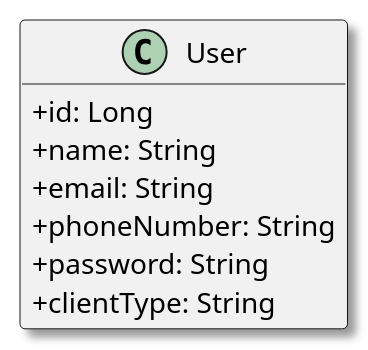
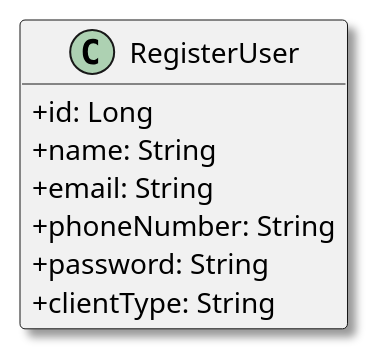
The diagram in Docs/global-artifacts/US01/02-analysis/DM.puml (vivianeaalmeida/ComeAndGet), drawn with PlantUML before and after one commit. The commit also changed 1 other file, not shown here.

```diff
--- a/Docs/global-artifacts/US01/02-analysis/DM.puml
+++ b/Docs/global-artifacts/US01/02-analysis/DM.puml
@@ -1,16 +1,16 @@
 @startuml
 skinparam monochrome false
 skinparam packageStyle rectangle
 skinparam shadowing true
 skinparam classAttributeIconSize 0
 hide methods
 
-class User {
+class RegisterUser {
     + id: Long
     + name: String
     + email: String
     + phoneNumber: String
     + password: String
     + clientType: String
 }
 @enduml
```
